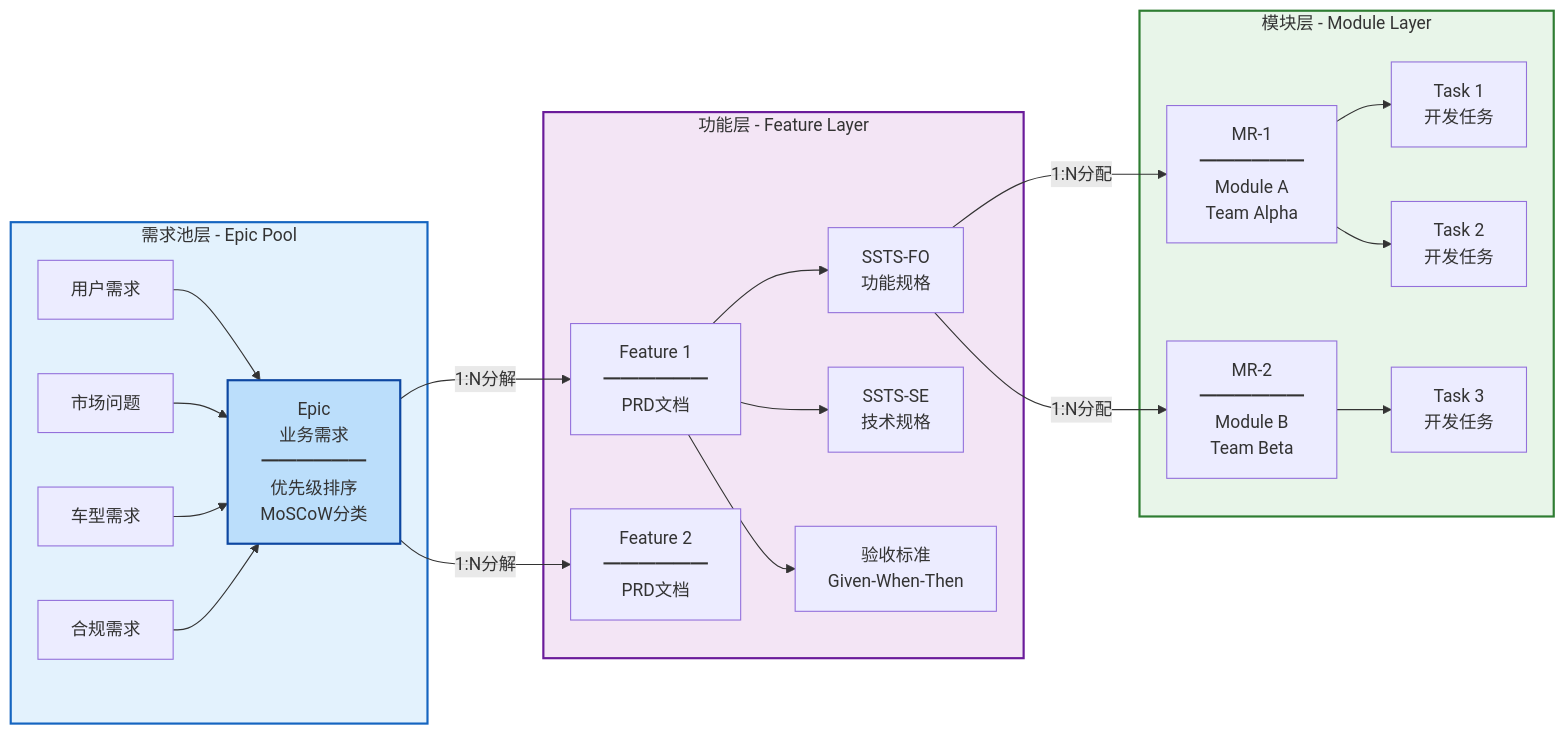
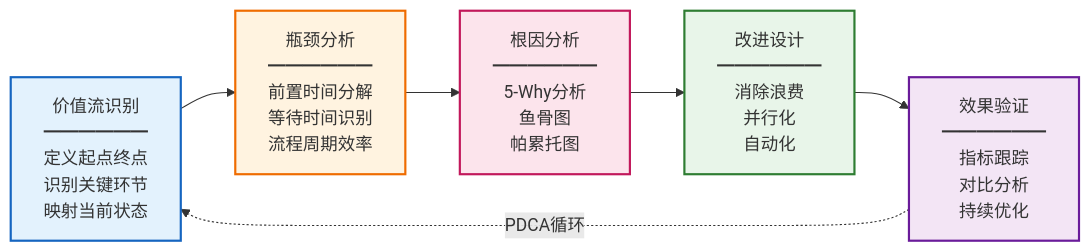
Diagram 11 of 30 in platform-design/AUTO_RD_PLATFORM_DESIGN_MERMAID.md (zjx-immersion/auto-rd-platform-prototype), drawn with Mermaid before and after one commit. The commit also changed other lines of this file, not shown here.

````diff
--- a/platform-design/AUTO_RD_PLATFORM_DESIGN_MERMAID.md
+++ b/platform-design/AUTO_RD_PLATFORM_DESIGN_MERMAID.md
@@ -542,37 +436,18 @@
 ```mermaid
 graph LR
-    subgraph EpicPool["需求池层 - Epic Pool"]
-        E1[用户需求] --> EpicNode[Epic<br/>业务需求<br/>━━━━━━<br/>优先级排序<br/>MoSCoW分类]
-        E2[市场问题] --> EpicNode
-        E3[车型需求] --> EpicNode
-        E4[合规需求] --> EpicNode
-    end
+    A1[价值流识别<br/>━━━━━━<br/>定义起点终点<br/>识别关键环节<br/>映射当前状态] --> A2[瓶颈分析<br/>━━━━━━<br/>前置时间分解<br/>等待时间识别<br/>流程周期效率]
+    
+    A2 --> A3[根因分析<br/>━━━━━━<br/>5-Why分析<br/>鱼骨图<br/>帕累托图]
+    
+    A3 --> A4[改进设计<br/>━━━━━━<br/>消除浪费<br/>并行化<br/>自动化]
+    
+    A4 --> A5[效果验证<br/>━━━━━━<br/>指标跟踪<br/>对比分析<br/>持续优化]
+    
+    A5 -.PDCA循环.-> A1
 
-    subgraph FeatureLayer["功能层 - Feature Layer"]
-        F1[Feature 1<br/>━━━━━━<br/>PRD文档]
-        F2[Feature 2<br/>━━━━━━<br/>PRD文档]
-
-        F1 --> SSTS1[SSTS-FO<br/>功能规格]
-        F1 --> SSTS2[SSTS-SE<br/>技术规格]
-        F1 --> AC[验收标准<br/>Given-When-Then]
-    end
-
-    subgraph ModuleLayer["模块层 - Module Layer"]
-        MR1[MR-1<br/>━━━━━━<br/>Module A<br/>Team Alpha]
-        MR2[MR-2<br/>━━━━━━<br/>Module B<br/>Team Beta]
-
-        MR1 --> T1[Task 1<br/>开发任务]
-        MR1 --> T2[Task 2<br/>开发任务]
-        MR2 --> T3[Task 3<br/>开发任务]
-    end
-
-    EpicNode -->|1:N分解| F1
-    EpicNode -->|1:N分解| F2
-    SSTS1 -->|1:N分配| MR1
-    SSTS1 -->|1:N分配| MR2
-
-    style EpicPool fill:#e3f2fd,stroke:#1565c0,stroke-width:2px
-    style FeatureLayer fill:#f3e5f5,stroke:#6a1b9a,stroke-width:2px
-    style ModuleLayer fill:#e8f5e9,stroke:#2e7d32,stroke-width:2px
-    style EpicNode fill:#bbdefb,stroke:#0d47a1,stroke-width:2px
+    style A1 fill:#e3f2fd,stroke:#1565c0,stroke-width:2px
+    style A2 fill:#fff3e0,stroke:#ef6c00,stroke-width:2px
+    style A3 fill:#fce4ec,stroke:#c2185b,stroke-width:2px
+    style A4 fill:#e8f5e9,stroke:#2e7d32,stroke-width:2px
+    style A5 fill:#f3e5f5,stroke:#6a1b9a,stroke-width:2px
 ```
````
